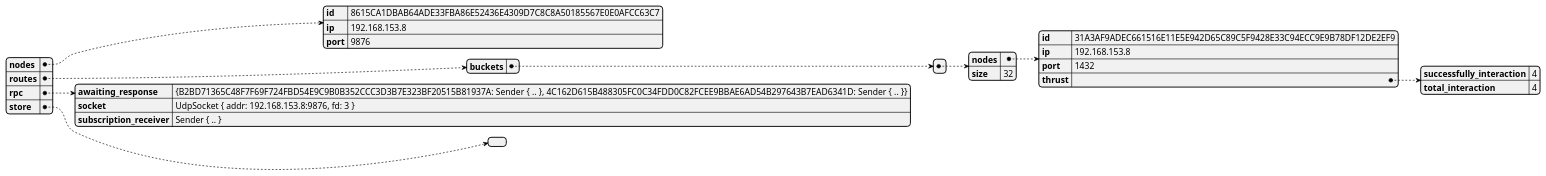
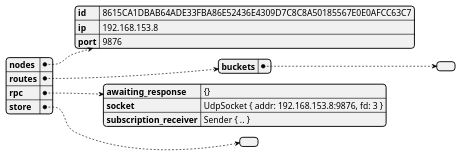
The diagram in src/distributed_legder/state_dumps/test-miner.json.plantuml (GoliathHagar/distributed_legder_kademlia), drawn with PlantUML before and after one commit. The commit also changed 28 other files, not shown here.

```diff
--- a/src/distributed_legder/state_dumps/test-miner.json.plantuml
+++ b/src/distributed_legder/state_dumps/test-miner.json.plantuml
@@ -1,3 +1,3 @@
 @startjson
-{"nodes":{"id":"8615CA1DBAB64ADE33FBA86E52436E4309D7C8C8A50185567E0E0AFCC63C7","ip":"192.168.153.8","port":9876},"routes":{"buckets":[{"nodes":{"id":"31A3AF9ADEC661516E11E5E942D65C89C5F9428E33C94ECC9E9B78DF12DE2EF9","ip":"192.168.153.8","port":1432,"thrust":{"successfully_interaction":4,"total_interaction":4}},"size":32}]},"rpc":{"awaiting_response":"{B2BD71365C48F7F69F724FBD54E9C9B0B352CCC3D3B7E323BF20515B81937A: Sender { .. }, 4C162D615B488305FC0C34FDD0C82FCEE9BBAE6AD54B297643B7EAD6341D: Sender { .. }}","socket":"UdpSocket { addr: 192.168.153.8:9876, fd: 3 }","subscription_receiver":"Sender { .. }"},"store":[]}
+{"nodes":{"id":"8615CA1DBAB64ADE33FBA86E52436E4309D7C8C8A50185567E0E0AFCC63C7","ip":"192.168.153.8","port":9876},"routes":{"buckets":[]},"rpc":{"awaiting_response":"{}","socket":"UdpSocket { addr: 192.168.153.8:9876, fd: 3 }","subscription_receiver":"Sender { .. }"},"store":[]}
 @endjson
```
